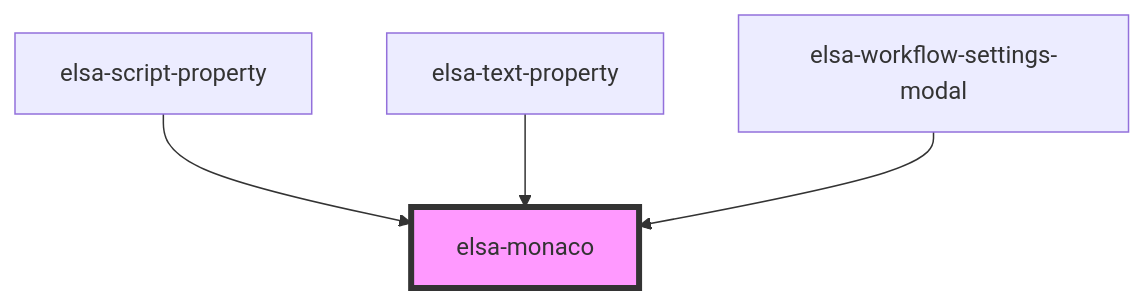
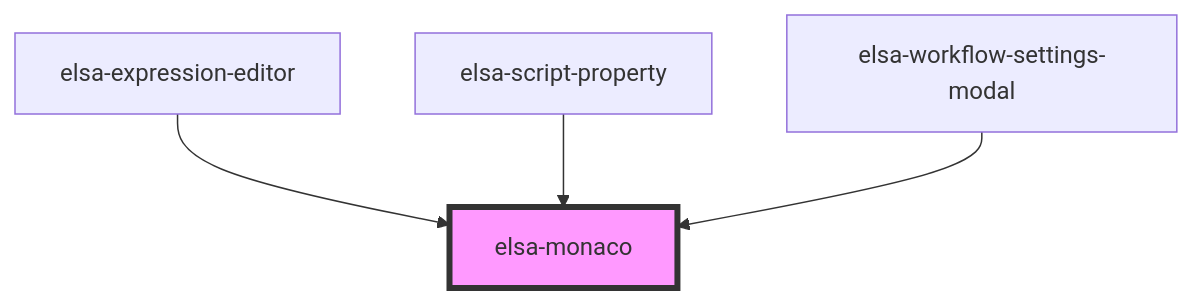
Before and after one commit to elsa-workflows/elsa-core: the diagram in src/designer/elsa-workflows-studio/src/components/controls/elsa-monaco/readme.md, drawn with Mermaid. The commit also changed other lines of this file and 32 other files, not shown here.

````diff
--- a/src/designer/elsa-workflows-studio/src/components/controls/elsa-monaco/readme.md
+++ b/src/designer/elsa-workflows-studio/src/components/controls/elsa-monaco/readme.md
@@ -47,7 +58,7 @@
 ```mermaid
 graph TD;
+  elsa-expression-editor --> elsa-monaco
   elsa-script-property --> elsa-monaco
-  elsa-text-property --> elsa-monaco
   elsa-workflow-settings-modal --> elsa-monaco
   style elsa-monaco fill:#f9f,stroke:#333,stroke-width:4px
 ```
````
